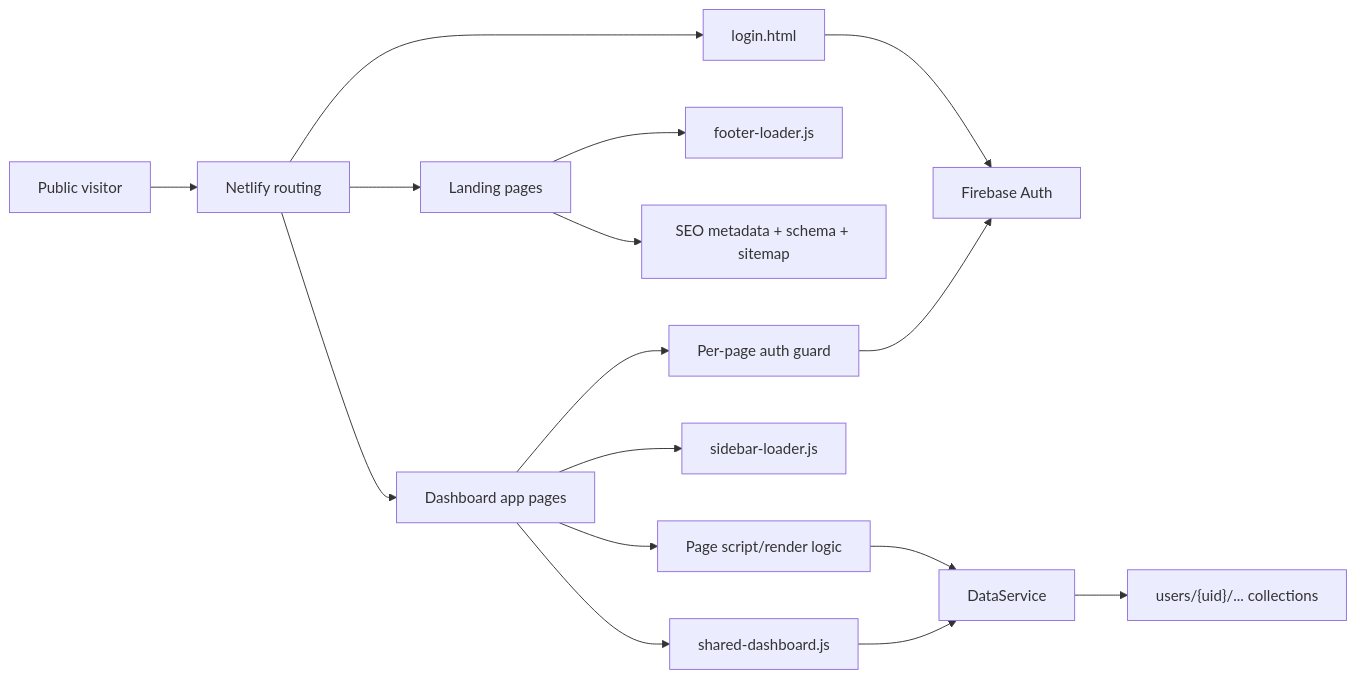
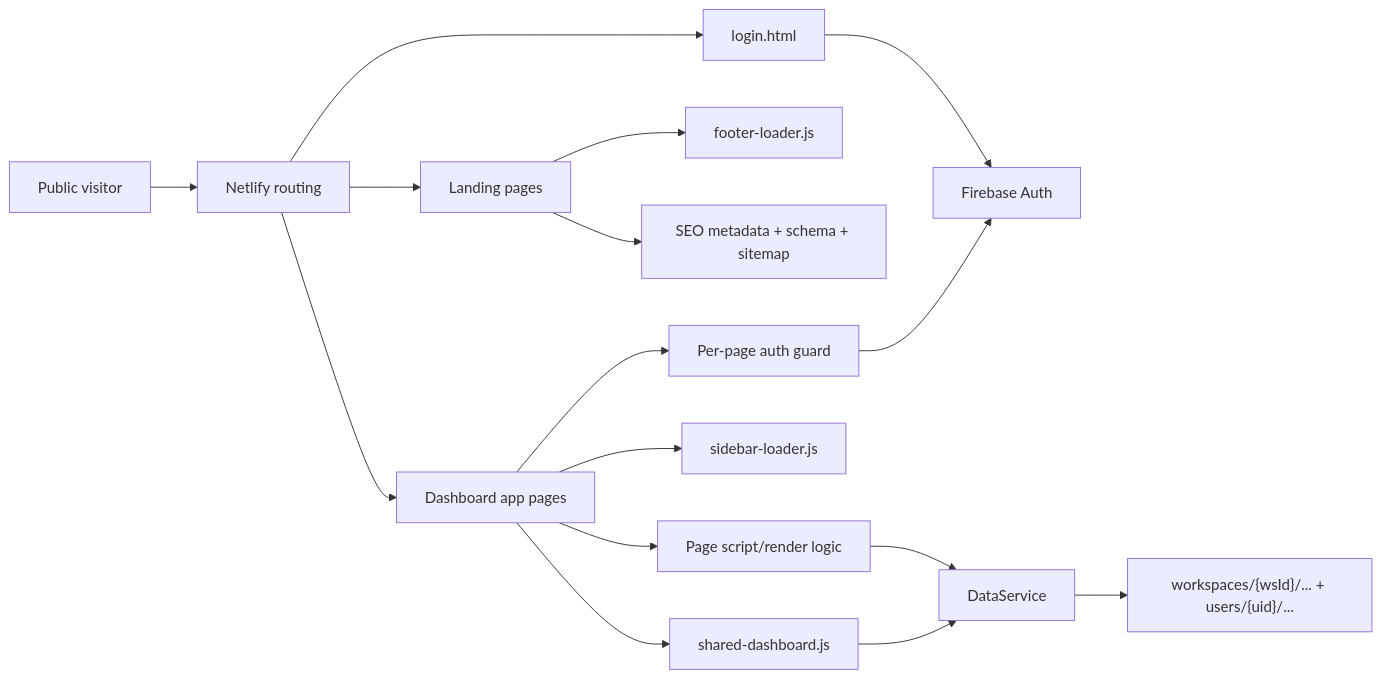
One commit to safrianjay/fluxyos changed the diagram in docs/SYSTEM_DESIGN.md. Above: the diagram before and after it, drawn with Mermaid. The commit also changed other lines of this file and 18 other files, not shown here.

````diff
--- a/docs/SYSTEM_DESIGN.md
+++ b/docs/SYSTEM_DESIGN.md
@@ -66,18 +72,18 @@
 ```mermaid
 flowchart LR
     Visitor["Public visitor"] --> Netlify["Netlify routing"]
     Netlify --> Landing["Landing pages"]
     Netlify --> Login["login.html"]
     Netlify --> App["Dashboard app pages"]
     Landing --> Footer["footer-loader.js"]
     Landing --> SEO["SEO metadata + schema + sitemap"]
     Login --> FirebaseAuth["Firebase Auth"]
     App --> AuthGuard["Per-page auth guard"]
     AuthGuard --> FirebaseAuth
     App --> Sidebar["sidebar-loader.js"]
     App --> SharedUI["shared-dashboard.js"]
     App --> PageController["Page script/render logic"]
     PageController --> DataService["DataService"]
     SharedUI --> DataService
-    DataService --> Firestore["users/{uid}/... collections"]
+    DataService --> Firestore["workspaces/{wsId}/... + users/{uid}/..."]
 ```
````
